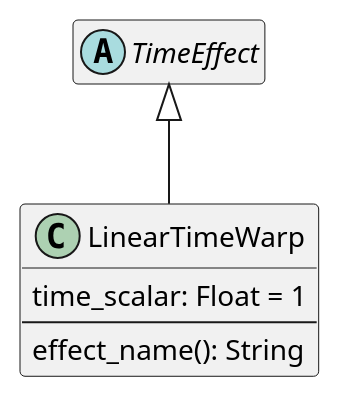
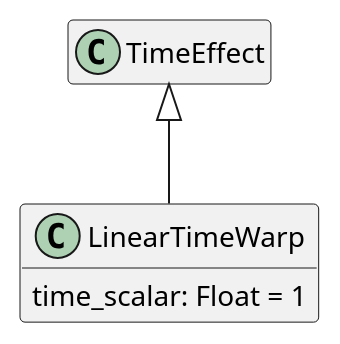
Before and after one commit to sandflow/otio-core-specification: diagram 12 of 32 in src/main/md/otio-core.md, drawn with PlantUML. The commit also changed other lines of this file and 11 other files, not shown here.

Commit message:
Updated schema per test material

````diff
--- a/src/main/md/otio-core.md
+++ b/src/main/md/otio-core.md
@@ -728,18 +734,16 @@
 ```puml
 @startuml
 hide empty members
 skinparam classAttributeIconSize 0
 skinparam linetype ortho
 
-abstract class TimeEffect
+class TimeEffect
 
 TimeEffect <|-- LinearTimeWarp
 
 class LinearTimeWarp {
   time_scalar: Float = 1
-  --
-  effect_name(): String
 }
 
 @enduml
 ```
````
